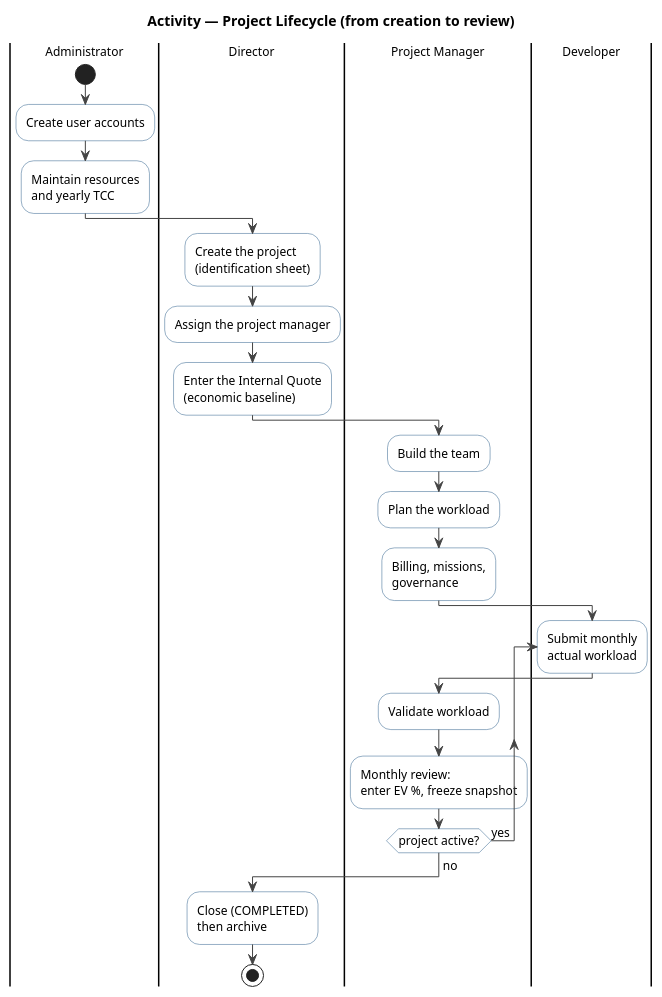
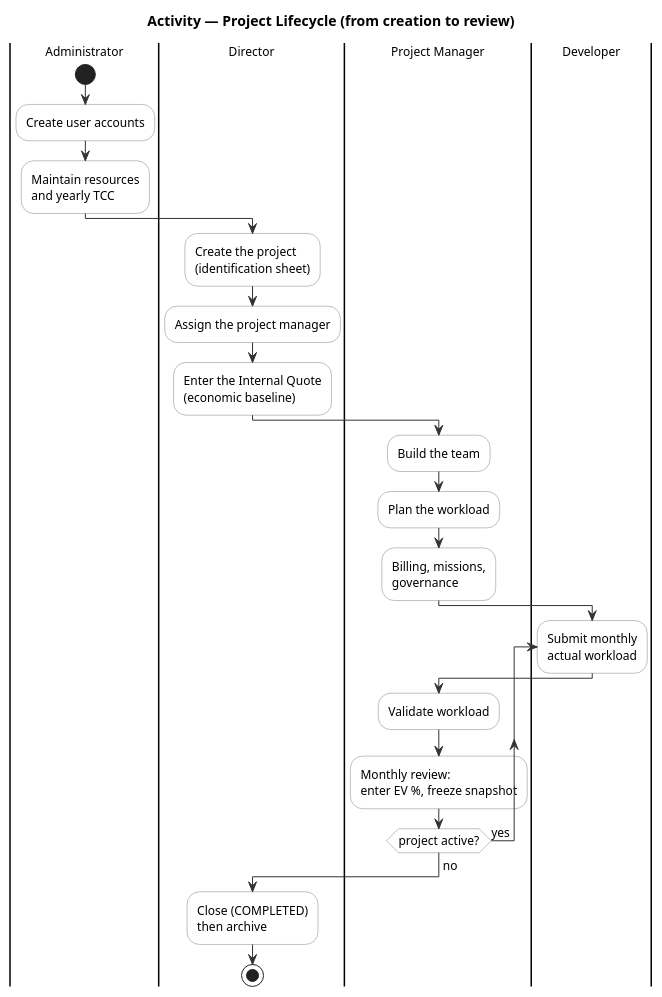
One commit to mazenrakrouki/tekup-pms-platform changed the diagram in docs/uml/11-act-project-lifecycle.puml. Above: the diagram before and after it, drawn with PlantUML. The commit also changed 34 other files, not shown here.

```diff
--- a/docs/uml/11-act-project-lifecycle.puml
+++ b/docs/uml/11-act-project-lifecycle.puml
@@ -1,41 +1,41 @@
 @startuml act_project_lifecycle
 title Activity — Project Lifecycle (from creation to review)
 
 skinparam shadowing false
 skinparam defaultFontName Helvetica
 skinparam defaultFontSize 12
 skinparam activityBackgroundColor #FFFFFF
-skinparam activityBorderColor #2C5F8A
-skinparam ArrowColor #444444
-skinparam noteBorderColor #999999
-skinparam noteBackgroundColor #FFFDE7
+skinparam activityBorderColor #808080
+skinparam ArrowColor #333333
+skinparam noteBorderColor #AAAAAA
+skinparam noteBackgroundColor #FAFAFA
 
 |Administrator|
 start
 :Create user accounts;
 :Maintain resources\nand yearly TCC;
 
 |Director|
 :Create the project\n(identification sheet);
 :Assign the project manager;
 :Enter the Internal Quote\n(economic baseline);
 
 |Project Manager|
 :Build the team;
 :Plan the workload;
 :Billing, missions,\ngovernance;
 
 |Developer|
 repeat :Submit monthly\nactual workload;
 
 |Project Manager|
 :Validate workload;
 :Monthly review:\nenter EV %, freeze snapshot;
 repeat while (project active?) is (yes)
 -> no;
 
 |Director|
 :Close (COMPLETED)\nthen archive;
 stop
 
 @enduml
```
